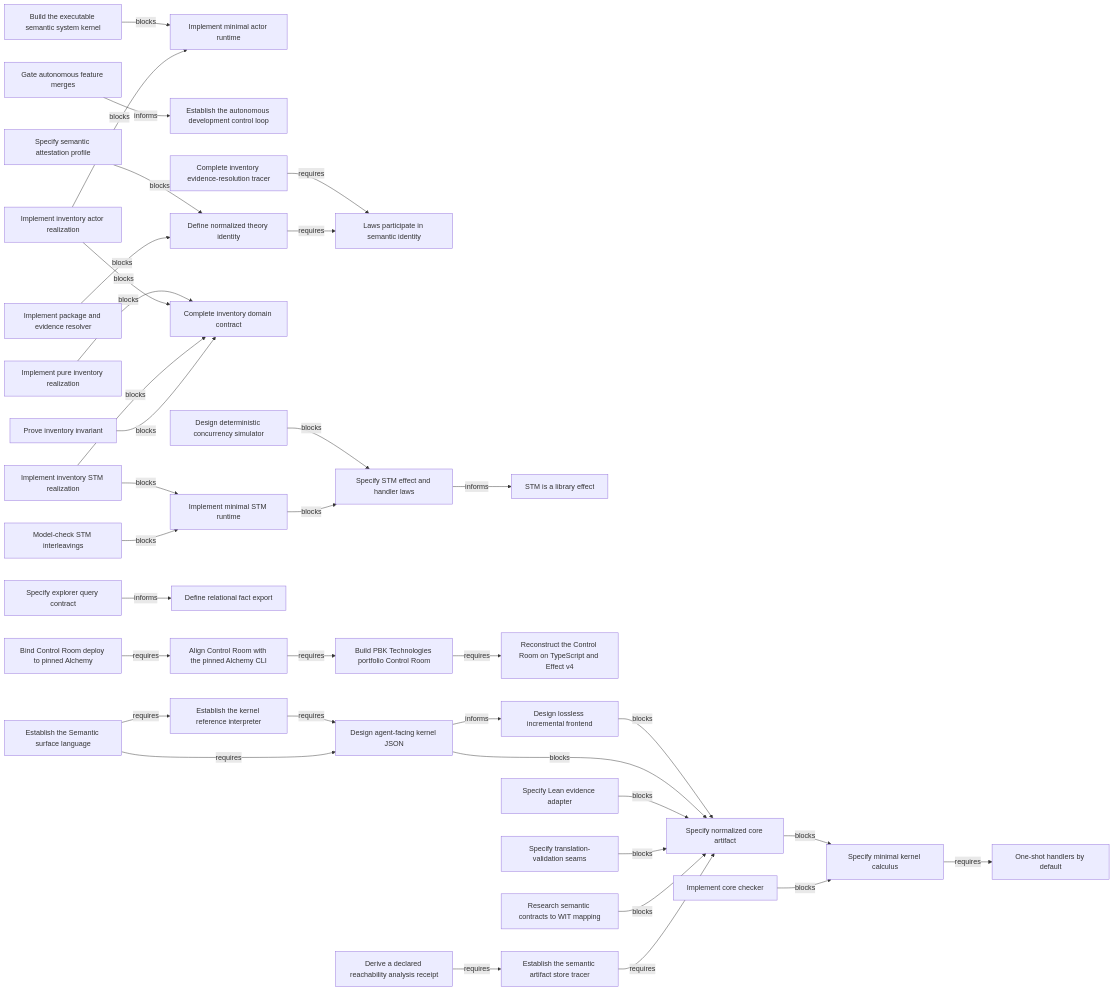
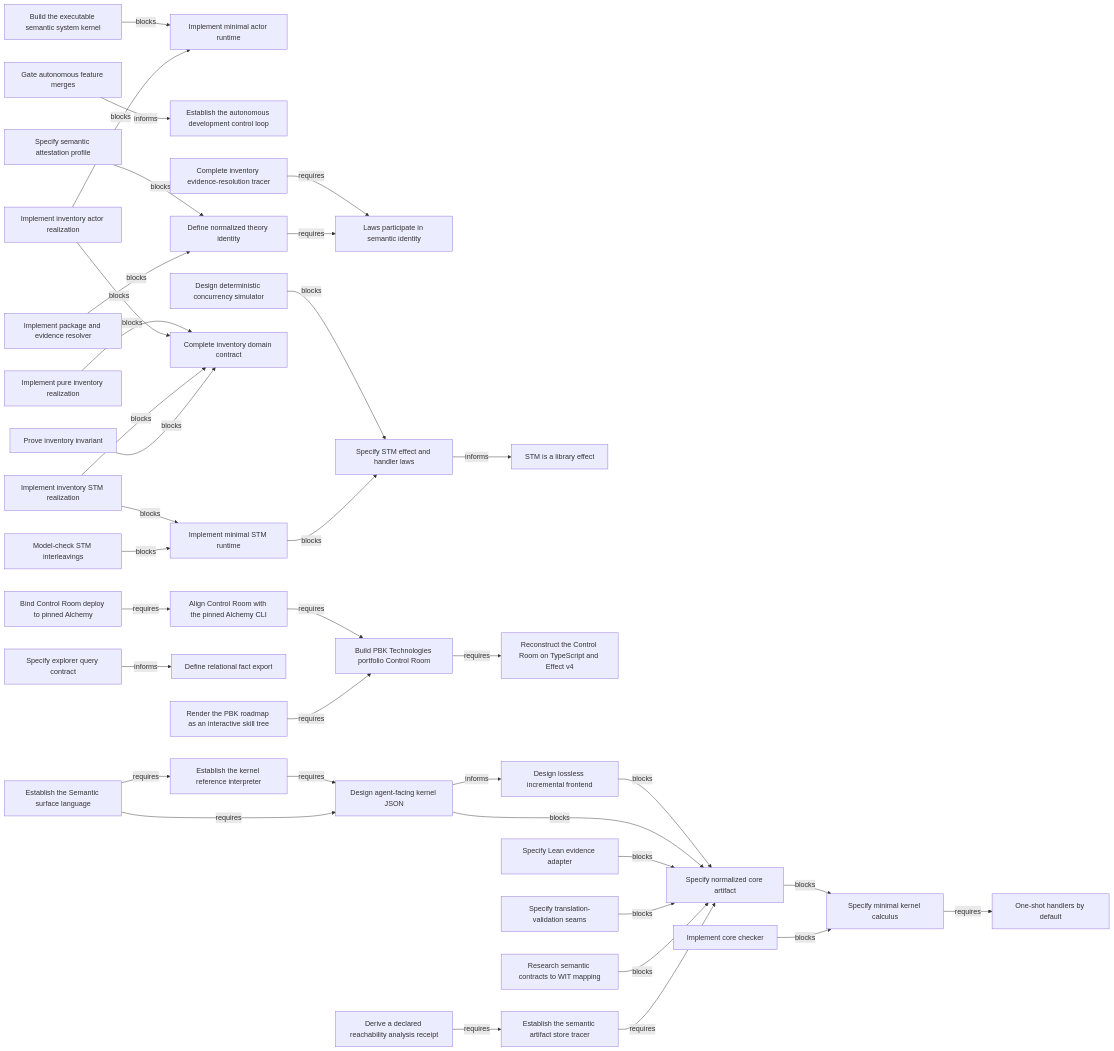
Before and after one commit to phibkro/semantic-systems: the diagram in generated/05-work-dependencies.md, drawn with Mermaid. The commit also changed 28 other files, not shown here.

First line of the commit message:
feat(control-room): add interactive portfolio skill tree (#13)

````diff
--- a/generated/05-work-dependencies.md
+++ b/generated/05-work-dependencies.md
@@ -5,75 +5,77 @@
 ```mermaid
 flowchart LR
     decision_gated_autonomous_merges["Gate autonomous feature merges"]
     decision_one_shot["One-shot handlers by default"]
     decision_stm_library["STM is a library effect"]
     decision_theory_identity["Laws participate in semantic identity"]
     work_actor_runtime["Implement minimal actor runtime"]
     work_agent_facing_kernel_json["Design agent-facing kernel JSON"]
     work_autonomous_development_loop["Establish the autonomous development control loop"]
     work_control_room_alchemy_cli_compat["Align Control Room with the pinned Alchemy CLI"]
+    work_control_room_interactive_skill_tree["Render the PBK roadmap as an interactive skill tree"]
     work_control_room_pinned_alchemy_workspace["Bind Control Room deploy to pinned Alchemy"]
     work_control_room_reconstruction["Reconstruct the Control Room on TypeScript and Effect v4"]
     work_core_checker["Implement core checker"]
     work_deterministic_simulator_spec["Design deterministic concurrency simulator"]
     work_executable_semantic_system_kernel["Build the executable semantic system kernel"]
     work_explorer_query_contract["Specify explorer query contract"]
     work_inventory_actor["Implement inventory actor realization"]
     work_inventory_design["Complete inventory domain contract"]
     work_inventory_proof["Prove inventory invariant"]
     work_inventory_pure["Implement pure inventory realization"]
     work_inventory_resolution_tracer["Complete inventory evidence-resolution tracer"]
     work_inventory_stm["Implement inventory STM realization"]
     work_kernel_reference_interpreter["Establish the kernel reference interpreter"]
     work_kernel_spec["Specify minimal kernel calculus"]
     work_lean_evidence_adapter["Specify Lean evidence adapter"]
     work_lossless_frontend_spec["Design lossless incremental frontend"]
     work_normalized_core_format["Specify normalized core artifact"]
     work_package_resolver["Implement package and evidence resolver"]
     work_pbk_portfolio_control_room["Build PBK Technologies portfolio Control Room"]
     work_reachability_analysis_receipt["Derive a declared reachability analysis receipt"]
     work_relational_fact_schema["Define relational fact export"]
     work_semantic_artifact_store["Establish the semantic artifact store tracer"]
     work_semantic_attestation_profile["Specify semantic attestation profile"]
     work_semantic_surface_language["Establish the Semantic surface language"]
     work_stm_laws["Specify STM effect and handler laws"]
     work_stm_model_check["Model-check STM interleavings"]
     work_stm_runtime["Implement minimal STM runtime"]
     work_theory_identity["Define normalized theory identity"]
     work_translation_validation_spec["Specify translation-validation seams"]
     work_wasm_contract_mapping["Research semantic contracts to WIT mapping"]
     work_control_room_alchemy_cli_compat -->|requires| work_pbk_portfolio_control_room
+    work_control_room_interactive_skill_tree -->|requires| work_pbk_portfolio_control_room
     work_control_room_pinned_alchemy_workspace -->|requires| work_control_room_alchemy_cli_compat
     decision_gated_autonomous_merges -->|informs| work_autonomous_development_loop
     work_executable_semantic_system_kernel -->|blocks| work_actor_runtime
     work_inventory_resolution_tracer -->|requires| decision_theory_identity
     work_kernel_reference_interpreter -->|requires| work_agent_facing_kernel_json
     work_pbk_portfolio_control_room -->|requires| work_control_room_reconstruction
     work_reachability_analysis_receipt -->|requires| work_semantic_artifact_store
     work_normalized_core_format -->|blocks| work_kernel_spec
     work_lossless_frontend_spec -->|blocks| work_normalized_core_format
     work_agent_facing_kernel_json -->|blocks| work_normalized_core_format
     work_agent_facing_kernel_json -->|informs| work_lossless_frontend_spec
     work_lean_evidence_adapter -->|blocks| work_normalized_core_format
     work_translation_validation_spec -->|blocks| work_normalized_core_format
     work_semantic_attestation_profile -->|blocks| work_theory_identity
     work_wasm_contract_mapping -->|blocks| work_normalized_core_format
     work_deterministic_simulator_spec -->|blocks| work_stm_laws
     work_explorer_query_contract -->|informs| work_relational_fact_schema
     work_semantic_artifact_store -->|requires| work_normalized_core_format
     work_semantic_surface_language -->|requires| work_agent_facing_kernel_json
     work_semantic_surface_language -->|requires| work_kernel_reference_interpreter
     work_core_checker -->|blocks| work_kernel_spec
     work_kernel_spec -->|requires| decision_one_shot
     work_theory_identity -->|requires| decision_theory_identity
     work_package_resolver -->|blocks| work_theory_identity
     work_inventory_pure -->|blocks| work_inventory_design
     work_inventory_actor -->|blocks| work_inventory_design
     work_inventory_actor -->|blocks| work_actor_runtime
     work_stm_laws -->|informs| decision_stm_library
     work_stm_runtime -->|blocks| work_stm_laws
     work_inventory_stm -->|blocks| work_inventory_design
     work_inventory_stm -->|blocks| work_stm_runtime
     work_inventory_proof -->|blocks| work_inventory_design
     work_stm_model_check -->|blocks| work_stm_runtime
 ```
````
